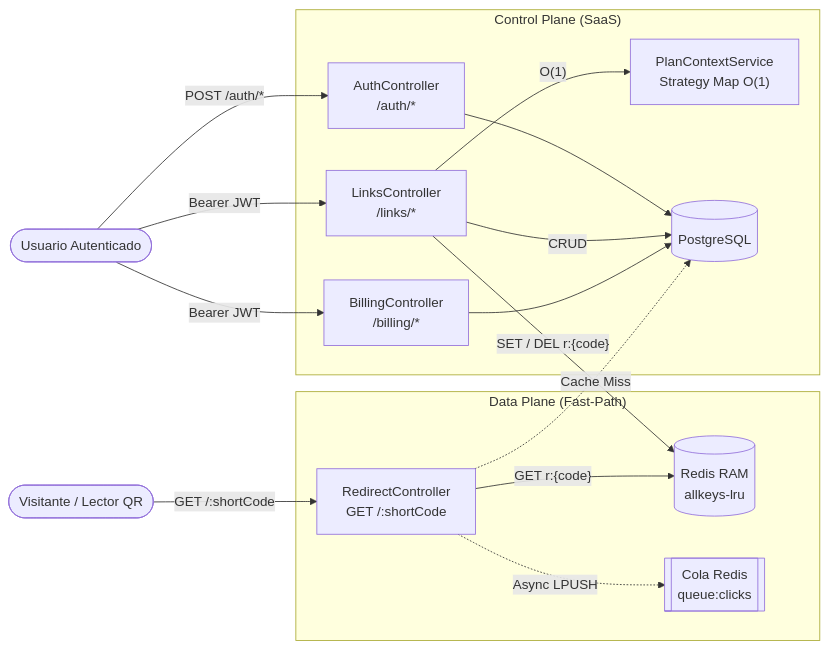
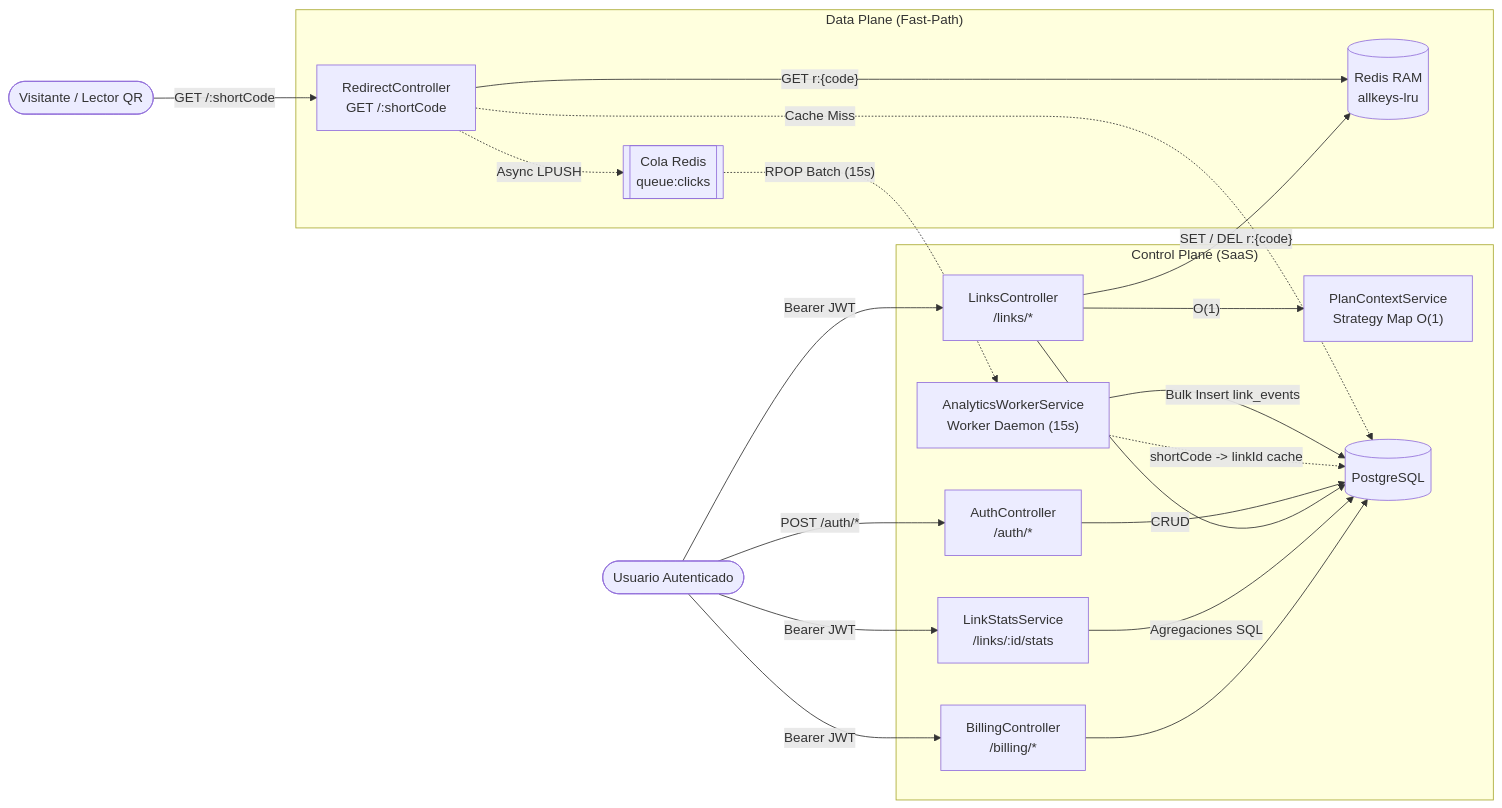
One commit to kevinPoncema/shorte-link changed the first of 4 diagrams in docs/architecture.md. Above: the diagram before and after it, drawn with Mermaid. The commit also changed other lines of this file and 7 other files, not shown here.

Commit message:
feat: add AnalyticsWorkerService to core module for batch click event processing

````diff
--- a/docs/architecture.md
+++ b/docs/architecture.md
@@ -9,34 +9,42 @@
 ```mermaid
 flowchart LR
   Visitor([Visitante / Lector QR])
   Owner([Usuario Autenticado])
 
   subgraph DataPlane["Data Plane (Fast-Path)"]
     Redirect["RedirectController\nGET /:shortCode"]
     Redis[(Redis RAM\nallkeys-lru)]
     Clicks[["Cola Redis\nqueue:clicks"]]
   end
 
   subgraph ControlPlane["Control Plane (SaaS)"]
     Auth["AuthController\n/auth/*"]
     Links["LinksController\n/links/*"]
+    Stats["LinkStatsService\n/links/:id/stats"]
     Billing["BillingController\n/billing/*"]
     Plans["PlanContextService\nStrategy Map O(1)"]
+    Worker["AnalyticsWorkerService\nWorker Daemon (15s)"]
     PG[(PostgreSQL)]
   end
 
   Visitor -->|"GET /:shortCode"| Redirect
   Redirect -->|"GET r:{code}"| Redis
   Redirect -.->|"Async LPUSH"| Clicks
   Redirect -.->|"Cache Miss"| PG
 
+  Clicks -.->|"RPOP Batch (15s)"| Worker
+  Worker -->|"Bulk Insert link_events"| PG
+  Worker -.->|"shortCode -> linkId cache"| PG
+
   Owner -->|"POST /auth/*"| Auth
   Owner -->|"Bearer JWT"| Links
+  Owner -->|"Bearer JWT"| Stats
   Owner -->|"Bearer JWT"| Billing
 
   Auth --> PG
   Links -->|"O(1)"| Plans
   Links -->|"CRUD"| PG
   Links -->|"SET / DEL r:{code}"| Redis
+  Stats -->|"Agregaciones SQL"| PG
   Billing --> PG
 ```
````
